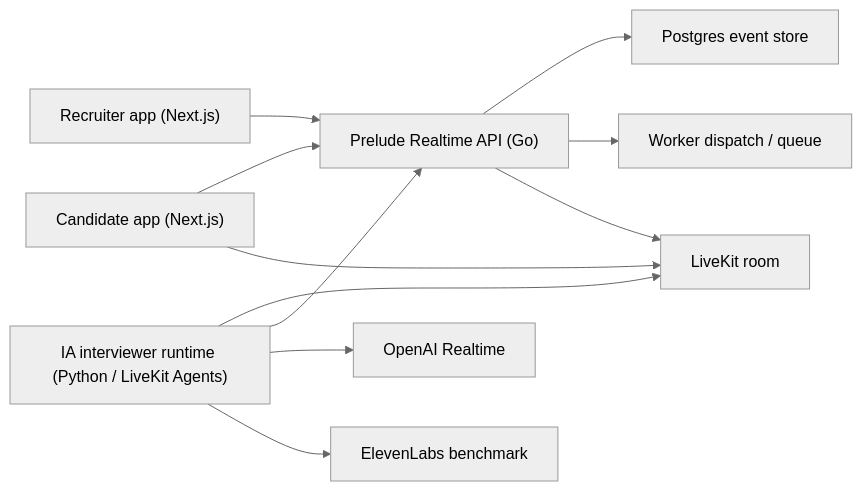
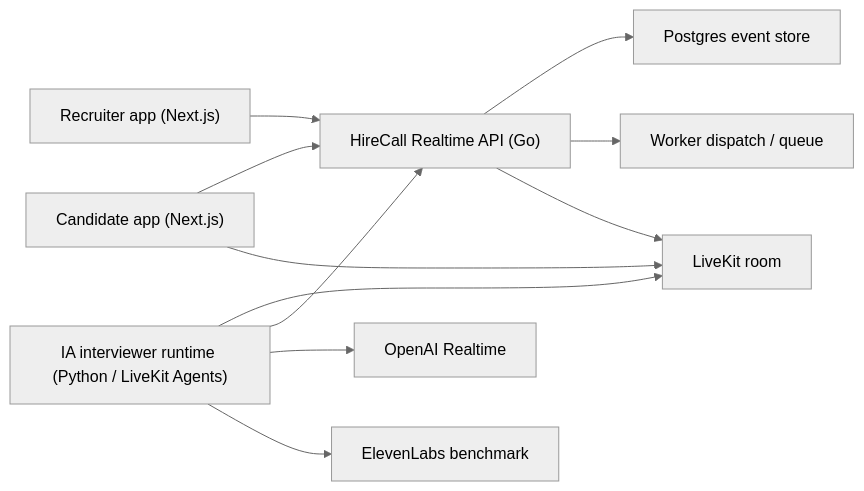
The first of 3 diagrams in docs/architecture/live-ia-interviewer.md (akouyate/prelude), drawn with Mermaid (neutral theme) before and after one commit. The commit also changed other lines of this file and 118 other files, not shown here.

First line of the commit message:
feat: rebrand product to HireCall and add chaptered replay

````diff
--- a/docs/architecture/live-ia-interviewer.md
+++ b/docs/architecture/live-ia-interviewer.md
@@ -26,13 +26,13 @@
 ```mermaid
 flowchart LR
-  Recruiter["Recruiter app (Next.js)"] --> API["Prelude Realtime API (Go)"]
+  Recruiter["Recruiter app (Next.js)"] --> API["HireCall Realtime API (Go)"]
   Candidate["Candidate app (Next.js)"] --> API
   API --> DB["Postgres event store"]
   API --> Queue["Worker dispatch / queue"]
   API --> LK["LiveKit room"]
   Candidate --> LK
   Agent["IA interviewer runtime (Python / LiveKit Agents)"] --> LK
   Agent --> API
   Agent --> OpenAI["OpenAI Realtime"]
   Agent --> Eleven["ElevenLabs benchmark"]
 ```
````
